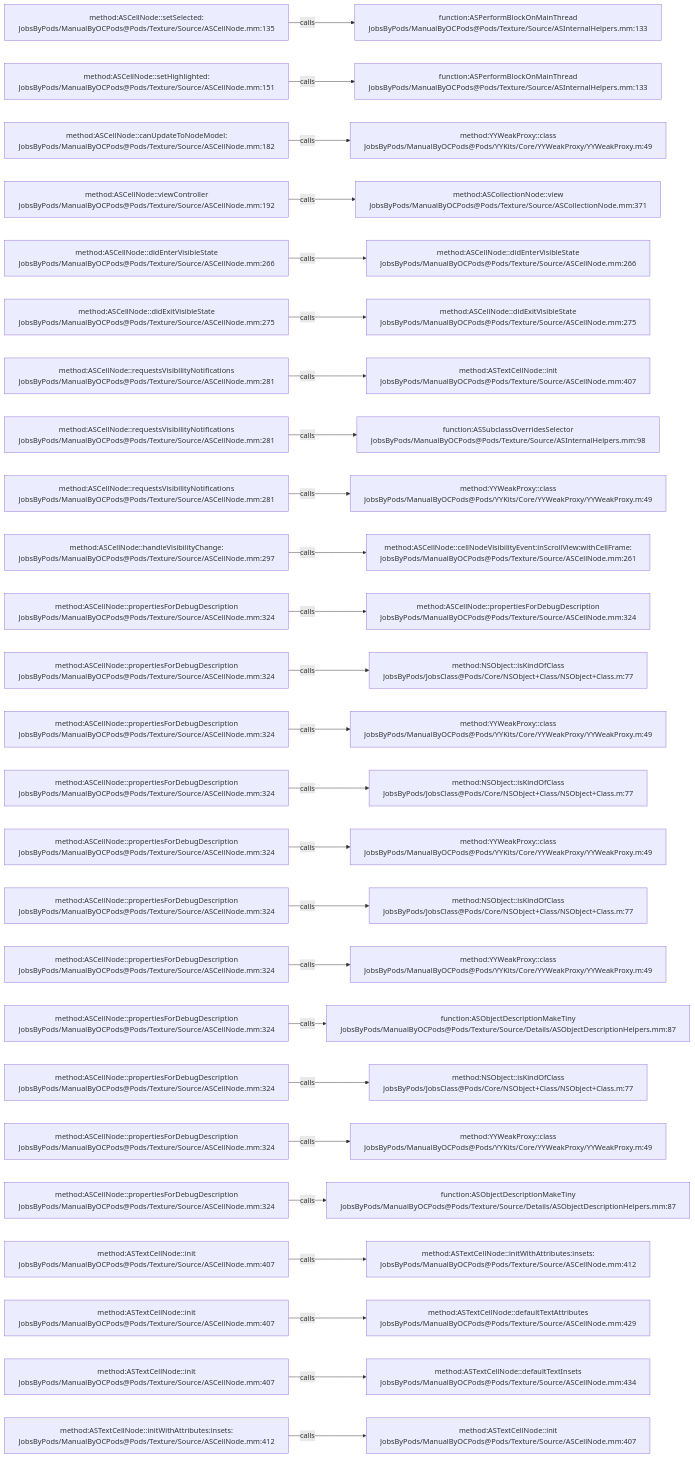
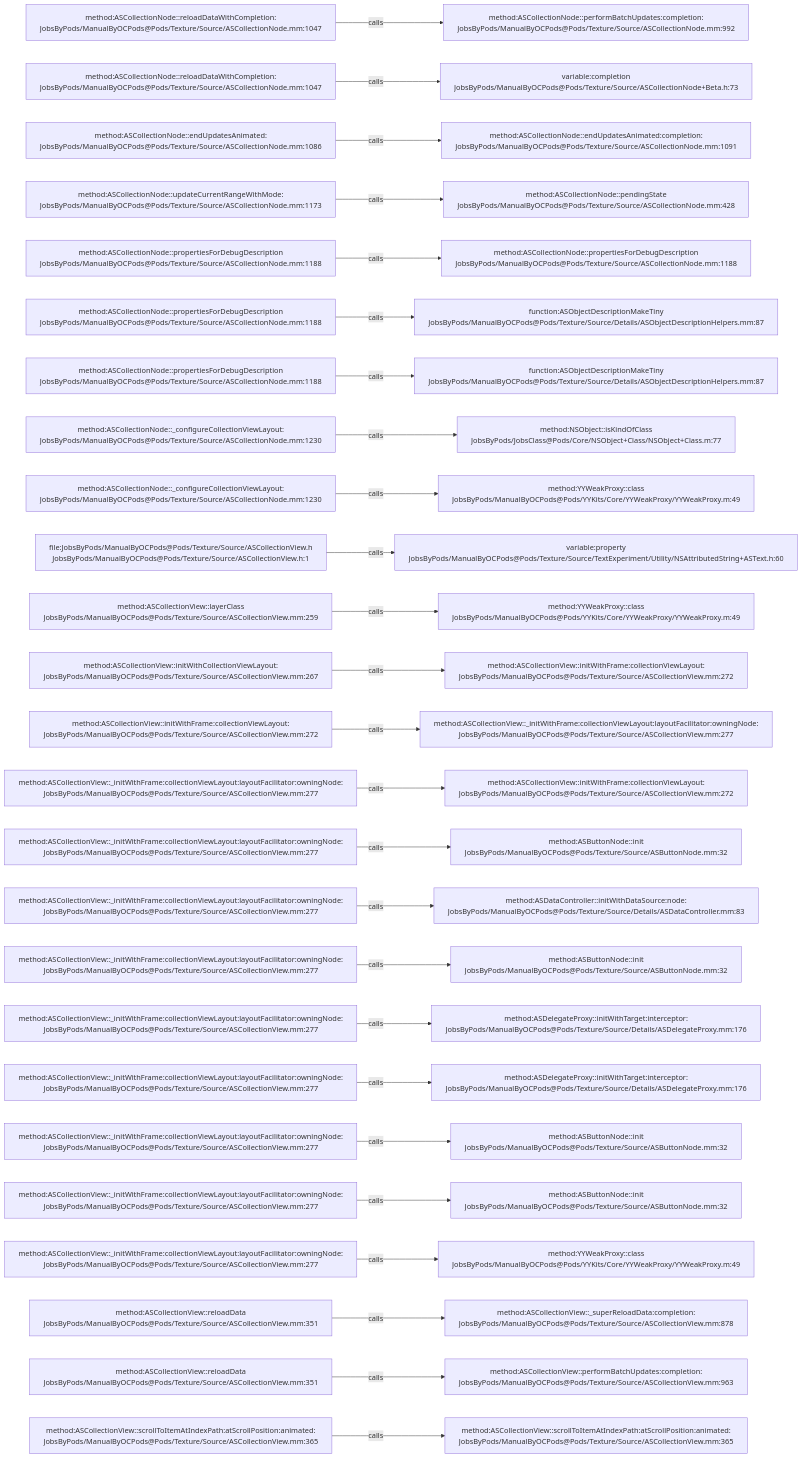
The diagram in .codegraph/codegraph.md/graphs/calls-081.md (JobsKits/JobsOCBaseConfigDemo), drawn with Mermaid before and after one commit. The commit also changed 1223 other files, not shown here.

````diff
--- a/.codegraph/codegraph.md/graphs/calls-081.md
+++ b/.codegraph/codegraph.md/graphs/calls-081.md
@@ -13,78 +13,78 @@
 ```mermaid
 flowchart LR
-  S1["method:ASCellNode::setSelected:<br/>JobsByPods/ManualByOCPods@Pods/Texture/Source/ASCellNode.mm:135"]
-  T1["function:ASPerformBlockOnMainThread<br/>JobsByPods/ManualByOCPods@Pods/Texture/Source/ASInternalHelpers.mm:133"]
+  S1["method:ASCollectionNode::reloadDataWithCompletion:<br/>JobsByPods/ManualByOCPods@Pods/Texture/Source/ASCollectionNode.mm:1047"]
+  T1["method:ASCollectionNode::performBatchUpdates:completion:<br/>JobsByPods/ManualByOCPods@Pods/Texture/Source/ASCollectionNode.mm:992"]
   S1 -->|calls| T1
-  S2["method:ASCellNode::setHighlighted:<br/>JobsByPods/ManualByOCPods@Pods/Texture/Source/ASCellNode.mm:151"]
-  T2["function:ASPerformBlockOnMainThread<br/>JobsByPods/ManualByOCPods@Pods/Texture/Source/ASInternalHelpers.mm:133"]
+  S2["method:ASCollectionNode::reloadDataWithCompletion:<br/>JobsByPods/ManualByOCPods@Pods/Texture/Source/ASCollectionNode.mm:1047"]
+  T2["variable:completion<br/>JobsByPods/ManualByOCPods@Pods/Texture/Source/ASCollectionNode+Beta.h:73"]
   S2 -->|calls| T2
-  S3["method:ASCellNode::canUpdateToNodeModel:<br/>JobsByPods/ManualByOCPods@Pods/Texture/Source/ASCellNode.mm:182"]
-  T3["method:YYWeakProxy::class<br/>JobsByPods/ManualByOCPods@Pods/YYKits/Core/YYWeakProxy/YYWeakProxy.m:49"]
+  S3["method:ASCollectionNode::endUpdatesAnimated:<br/>JobsByPods/ManualByOCPods@Pods/Texture/Source/ASCollectionNode.mm:1086"]
+  T3["method:ASCollectionNode::endUpdatesAnimated:completion:<br/>JobsByPods/ManualByOCPods@Pods/Texture/Source/ASCollectionNode.mm:1091"]
   S3 -->|calls| T3
-  S4["method:ASCellNode::viewController<br/>JobsByPods/ManualByOCPods@Pods/Texture/Source/ASCellNode.mm:192"]
-  T4["method:ASCollectionNode::view<br/>JobsByPods/ManualByOCPods@Pods/Texture/Source/ASCollectionNode.mm:371"]
+  S4["method:ASCollectionNode::updateCurrentRangeWithMode:<br/>JobsByPods/ManualByOCPods@Pods/Texture/Source/ASCollectionNode.mm:1173"]
+  T4["method:ASCollectionNode::pendingState<br/>JobsByPods/ManualByOCPods@Pods/Texture/Source/ASCollectionNode.mm:428"]
   S4 -->|calls| T4
-  S5["method:ASCellNode::didEnterVisibleState<br/>JobsByPods/ManualByOCPods@Pods/Texture/Source/ASCellNode.mm:266"]
-  T5["method:ASCellNode::didEnterVisibleState<br/>JobsByPods/ManualByOCPods@Pods/Texture/Source/ASCellNode.mm:266"]
+  S5["method:ASCollectionNode::propertiesForDebugDescription<br/>JobsByPods/ManualByOCPods@Pods/Texture/Source/ASCollectionNode.mm:1188"]
+  T5["method:ASCollectionNode::propertiesForDebugDescription<br/>JobsByPods/ManualByOCPods@Pods/Texture/Source/ASCollectionNode.mm:1188"]
   S5 -->|calls| T5
-  S6["method:ASCellNode::didExitVisibleState<br/>JobsByPods/ManualByOCPods@Pods/Texture/Source/ASCellNode.mm:275"]
-  T6["method:ASCellNode::didExitVisibleState<br/>JobsByPods/ManualByOCPods@Pods/Texture/Source/ASCellNode.mm:275"]
+  S6["method:ASCollectionNode::propertiesForDebugDescription<br/>JobsByPods/ManualByOCPods@Pods/Texture/Source/ASCollectionNode.mm:1188"]
+  T6["function:ASObjectDescriptionMakeTiny<br/>JobsByPods/ManualByOCPods@Pods/Texture/Source/Details/ASObjectDescriptionHelpers.mm:87"]
   S6 -->|calls| T6
-  S7["method:ASCellNode::requestsVisibilityNotifications<br/>JobsByPods/ManualByOCPods@Pods/Texture/Source/ASCellNode.mm:281"]
-  T7["method:ASTextCellNode::init<br/>JobsByPods/ManualByOCPods@Pods/Texture/Source/ASCellNode.mm:407"]
+  S7["method:ASCollectionNode::propertiesForDebugDescription<br/>JobsByPods/ManualByOCPods@Pods/Texture/Source/ASCollectionNode.mm:1188"]
+  T7["function:ASObjectDescriptionMakeTiny<br/>JobsByPods/ManualByOCPods@Pods/Texture/Source/Details/ASObjectDescriptionHelpers.mm:87"]
   S7 -->|calls| T7
-  S8["method:ASCellNode::requestsVisibilityNotifications<br/>JobsByPods/ManualByOCPods@Pods/Texture/Source/ASCellNode.mm:281"]
-  T8["function:ASSubclassOverridesSelector<br/>JobsByPods/ManualByOCPods@Pods/Texture/Source/ASInternalHelpers.mm:98"]
+  S8["method:ASCollectionNode::_configureCollectionViewLayout:<br/>JobsByPods/ManualByOCPods@Pods/Texture/Source/ASCollectionNode.mm:1230"]
+  T8["method:NSObject::isKindOfClass<br/>JobsByPods/JobsClass@Pods/Core/NSObject+Class/NSObject+Class.m:77"]
   S8 -->|calls| T8
-  S9["method:ASCellNode::requestsVisibilityNotifications<br/>JobsByPods/ManualByOCPods@Pods/Texture/Source/ASCellNode.mm:281"]
+  S9["method:ASCollectionNode::_configureCollectionViewLayout:<br/>JobsByPods/ManualByOCPods@Pods/Texture/Source/ASCollectionNode.mm:1230"]
   T9["method:YYWeakProxy::class<br/>JobsByPods/ManualByOCPods@Pods/YYKits/Core/YYWeakProxy/YYWeakProxy.m:49"]
   S9 -->|calls| T9
-  S10["method:ASCellNode::handleVisibilityChange:<br/>JobsByPods/ManualByOCPods@Pods/Texture/Source/ASCellNode.mm:297"]
-  T10["method:ASCellNode::cellNodeVisibilityEvent:inScrollView:withCellFrame:<br/>JobsByPods/ManualByOCPods@Pods/Texture/Source/ASCellNode.mm:261"]
+  S10["file:JobsByPods/ManualByOCPods@Pods/Texture/Source/ASCollectionView.h<br/>JobsByPods/ManualByOCPods@Pods/Texture/Source/ASCollectionView.h:1"]
+  T10["variable:property<br/>JobsByPods/ManualByOCPods@Pods/Texture/Source/TextExperiment/Utility/NSAttributedString+ASText.h:60"]
   S10 -->|calls| T10
-  S11["method:ASCellNode::propertiesForDebugDescription<br/>JobsByPods/ManualByOCPods@Pods/Texture/Source/ASCellNode.mm:324"]
-  T11["method:ASCellNode::propertiesForDebugDescription<br/>JobsByPods/ManualByOCPods@Pods/Texture/Source/ASCellNode.mm:324"]
+  S11["method:ASCollectionView::layerClass<br/>JobsByPods/ManualByOCPods@Pods/Texture/Source/ASCollectionView.mm:259"]
+  T11["method:YYWeakProxy::class<br/>JobsByPods/ManualByOCPods@Pods/YYKits/Core/YYWeakProxy/YYWeakProxy.m:49"]
   S11 -->|calls| T11
-  S12["method:ASCellNode::propertiesForDebugDescription<br/>JobsByPods/ManualByOCPods@Pods/Texture/Source/ASCellNode.mm:324"]
-  T12["method:NSObject::isKindOfClass<br/>JobsByPods/JobsClass@Pods/Core/NSObject+Class/NSObject+Class.m:77"]
+  S12["method:ASCollectionView::initWithCollectionViewLayout:<br/>JobsByPods/ManualByOCPods@Pods/Texture/Source/ASCollectionView.mm:267"]
+  T12["method:ASCollectionView::initWithFrame:collectionViewLayout:<br/>JobsByPods/ManualByOCPods@Pods/Texture/Source/ASCollectionView.mm:272"]
   S12 -->|calls| T12
-  S13["method:ASCellNode::propertiesForDebugDescription<br/>JobsByPods/ManualByOCPods@Pods/Texture/Source/ASCellNode.mm:324"]
-  T13["method:YYWeakProxy::class<br/>JobsByPods/ManualByOCPods@Pods/YYKits/Core/YYWeakProxy/YYWeakProxy.m:49"]
+  S13["method:ASCollectionView::initWithFrame:collectionViewLayout:<br/>JobsByPods/ManualByOCPods@Pods/Texture/Source/ASCollectionView.mm:272"]
+  T13["method:ASCollectionView::_initWithFrame:collectionViewLayout:layoutFacilitator:owningNode:<br/>JobsByPods/ManualByOCPods@Pods/Texture/Source/ASCollectionView.mm:277"]
   S13 -->|calls| T13
-  S14["method:ASCellNode::propertiesForDebugDescription<br/>JobsByPods/ManualByOCPods@Pods/Texture/Source/ASCellNode.mm:324"]
-  T14["method:NSObject::isKindOfClass<br/>JobsByPods/JobsClass@Pods/Core/NSObject+Class/NSObject+Class.m:77"]
+  S14["method:ASCollectionView::_initWithFrame:collectionViewLayout:layoutFacilitator:owningNode:<br/>JobsByPods/ManualByOCPods@Pods/Texture/Source/ASCollectionView.mm:277"]
+  T14["method:ASCollectionView::initWithFrame:collectionViewLayout:<br/>JobsByPods/ManualByOCPods@Pods/Texture/Source/ASCollectionView.mm:272"]
   S14 -->|calls| T14
-  S15["method:ASCellNode::propertiesForDebugDescription<br/>JobsByPods/ManualByOCPods@Pods/Texture/Source/ASCellNode.mm:324"]
-  T15["method:YYWeakProxy::class<br/>JobsByPods/ManualByOCPods@Pods/YYKits/Core/YYWeakProxy/YYWeakProxy.m:49"]
+  S15["method:ASCollectionView::_initWithFrame:collectionViewLayout:layoutFacilitator:owningNode:<br/>JobsByPods/ManualByOCPods@Pods/Texture/Source/ASCollectionView.mm:277"]
+  T15["method:ASButtonNode::init<br/>JobsByPods/ManualByOCPods@Pods/Texture/Source/ASButtonNode.mm:32"]
   S15 -->|calls| T15
-  S16["method:ASCellNode::propertiesForDebugDescription<br/>JobsByPods/ManualByOCPods@Pods/Texture/Source/ASCellNode.mm:324"]
-  T16["method:NSObject::isKindOfClass<br/>JobsByPods/JobsClass@Pods/Core/NSObject+Class/NSObject+Class.m:77"]
+  S16["method:ASCollectionView::_initWithFrame:collectionViewLayout:layoutFacilitator:owningNode:<br/>JobsByPods/ManualByOCPods@Pods/Texture/Source/ASCollectionView.mm:277"]
+  T16["method:ASDataController::initWithDataSource:node:<br/>JobsByPods/ManualByOCPods@Pods/Texture/Source/Details/ASDataController.mm:83"]
   S16 -->|calls| T16
-  S17["method:ASCellNode::propertiesForDebugDescription<br/>JobsByPods/ManualByOCPods@Pods/Texture/Source/ASCellNode.mm:324"]
-  T17["method:YYWeakProxy::class<br/>JobsByPods/ManualByOCPods@Pods/YYKits/Core/YYWeakProxy/YYWeakProxy.m:49"]
+  S17["method:ASCollectionView::_initWithFrame:collectionViewLayout:layoutFacilitator:owningNode:<br/>JobsByPods/ManualByOCPods@Pods/Texture/Source/ASCollectionView.mm:277"]
+  T17["method:ASButtonNode::init<br/>JobsByPods/ManualByOCPods@Pods/Texture/Source/ASButtonNode.mm:32"]
   S17 -->|calls| T17
-  S18["method:ASCellNode::propertiesForDebugDescription<br/>JobsByPods/ManualByOCPods@Pods/Texture/Source/ASCellNode.mm:324"]
-  T18["function:ASObjectDescriptionMakeTiny<br/>JobsByPods/ManualByOCPods@Pods/Texture/Source/Details/ASObjectDescriptionHelpers.mm:87"]
+  S18["method:ASCollectionView::_initWithFrame:collectionViewLayout:layoutFacilitator:owningNode:<br/>JobsByPods/ManualByOCPods@Pods/Texture/Source/ASCollectionView.mm:277"]
+  T18["method:ASDelegateProxy::initWithTarget:interceptor:<br/>JobsByPods/ManualByOCPods@Pods/Texture/Source/Details/ASDelegateProxy.mm:176"]
   S18 -->|calls| T18
-  S19["method:ASCellNode::propertiesForDebugDescription<br/>JobsByPods/ManualByOCPods@Pods/Texture/Source/ASCellNode.mm:324"]
-  T19["method:NSObject::isKindOfClass<br/>JobsByPods/JobsClass@Pods/Core/NSObject+Class/NSObject+Class.m:77"]
+  S19["method:ASCollectionView::_initWithFrame:collectionViewLayout:layoutFacilitator:owningNode:<br/>JobsByPods/ManualByOCPods@Pods/Texture/Source/ASCollectionView.mm:277"]
+  T19["method:ASDelegateProxy::initWithTarget:interceptor:<br/>JobsByPods/ManualByOCPods@Pods/Texture/Source/Details/ASDelegateProxy.mm:176"]
   S19 -->|calls| T19
-  S20["method:ASCellNode::propertiesForDebugDescription<br/>JobsByPods/ManualByOCPods@Pods/Texture/Source/ASCellNode.mm:324"]
-  T20["method:YYWeakProxy::class<br/>JobsByPods/ManualByOCPods@Pods/YYKits/Core/YYWeakProxy/YYWeakProxy.m:49"]
+  S20["method:ASCollectionView::_initWithFrame:collectionViewLayout:layoutFacilitator:owningNode:<br/>JobsByPods/ManualByOCPods@Pods/Texture/Source/ASCollectionView.mm:277"]
+  T20["method:ASButtonNode::init<br/>JobsByPods/ManualByOCPods@Pods/Texture/Source/ASButtonNode.mm:32"]
   S20 -->|calls| T20
-  S21["method:ASCellNode::propertiesForDebugDescription<br/>JobsByPods/ManualByOCPods@Pods/Texture/Source/ASCellNode.mm:324"]
-  T21["function:ASObjectDescriptionMakeTiny<br/>JobsByPods/ManualByOCPods@Pods/Texture/Source/Details/ASObjectDescriptionHelpers.mm:87"]
+  S21["method:ASCollectionView::_initWithFrame:collectionViewLayout:layoutFacilitator:owningNode:<br/>JobsByPods/ManualByOCPods@Pods/Texture/Source/ASCollectionView.mm:277"]
+  T21["method:ASButtonNode::init<br/>JobsByPods/ManualByOCPods@Pods/Texture/Source/ASButtonNode.mm:32"]
   S21 -->|calls| T21
-  S22["method:ASTextCellNode::init<br/>JobsByPods/ManualByOCPods@Pods/Texture/Source/ASCellNode.mm:407"]
-  T22["method:ASTextCellNode::initWithAttributes:insets:<br/>JobsByPods/ManualByOCPods@Pods/Texture/Source/ASCellNode.mm:412"]
+  S22["method:ASCollectionView::_initWithFrame:collectionViewLayout:layoutFacilitator:owningNode:<br/>JobsByPods/ManualByOCPods@Pods/Texture/Source/ASCollectionView.mm:277"]
+  T22["method:YYWeakProxy::class<br/>JobsByPods/ManualByOCPods@Pods/YYKits/Core/YYWeakProxy/YYWeakProxy.m:49"]
   S22 -->|calls| T22
-  S23["method:ASTextCellNode::init<br/>JobsByPods/ManualByOCPods@Pods/Texture/Source/ASCellNode.mm:407"]
-  T23["method:ASTextCellNode::defaultTextAttributes<br/>JobsByPods/ManualByOCPods@Pods/Texture/Source/ASCellNode.mm:429"]
+  S23["method:ASCollectionView::reloadData<br/>JobsByPods/ManualByOCPods@Pods/Texture/Source/ASCollectionView.mm:351"]
+  T23["method:ASCollectionView::_superReloadData:completion:<br/>JobsByPods/ManualByOCPods@Pods/Texture/Source/ASCollectionView.mm:878"]
   S23 -->|calls| T23
-  S24["method:ASTextCellNode::init<br/>JobsByPods/ManualByOCPods@Pods/Texture/Source/ASCellNode.mm:407"]
-  T24["method:ASTextCellNode::defaultTextInsets<br/>JobsByPods/ManualByOCPods@Pods/Texture/Source/ASCellNode.mm:434"]
+  S24["method:ASCollectionView::reloadData<br/>JobsByPods/ManualByOCPods@Pods/Texture/Source/ASCollectionView.mm:351"]
+  T24["method:ASCollectionView::performBatchUpdates:completion:<br/>JobsByPods/ManualByOCPods@Pods/Texture/Source/ASCollectionView.mm:963"]
   S24 -->|calls| T24
-  S25["method:ASTextCellNode::initWithAttributes:insets:<br/>JobsByPods/ManualByOCPods@Pods/Texture/Source/ASCellNode.mm:412"]
-  T25["method:ASTextCellNode::init<br/>JobsByPods/ManualByOCPods@Pods/Texture/Source/ASCellNode.mm:407"]
+  S25["method:ASCollectionView::scrollToItemAtIndexPath:atScrollPosition:animated:<br/>JobsByPods/ManualByOCPods@Pods/Texture/Source/ASCollectionView.mm:365"]
+  T25["method:ASCollectionView::scrollToItemAtIndexPath:atScrollPosition:animated:<br/>JobsByPods/ManualByOCPods@Pods/Texture/Source/ASCollectionView.mm:365"]
   S25 -->|calls| T25
 ```
````
